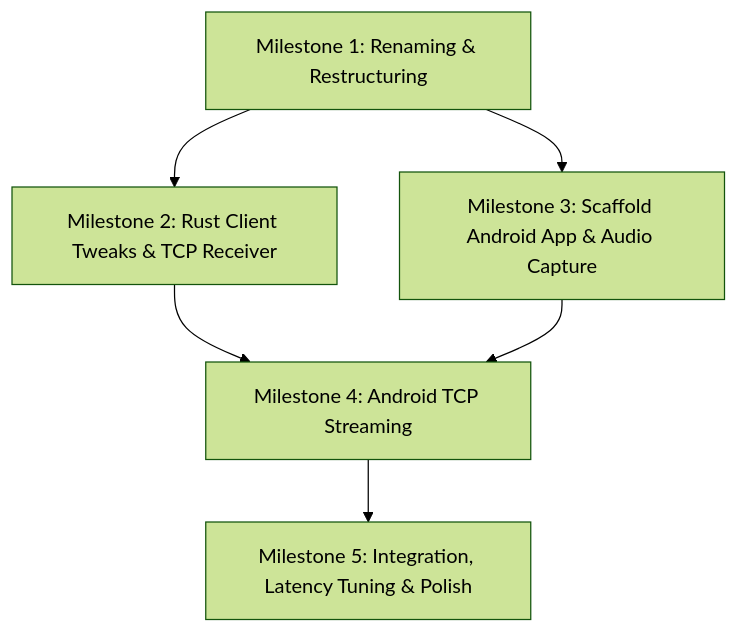
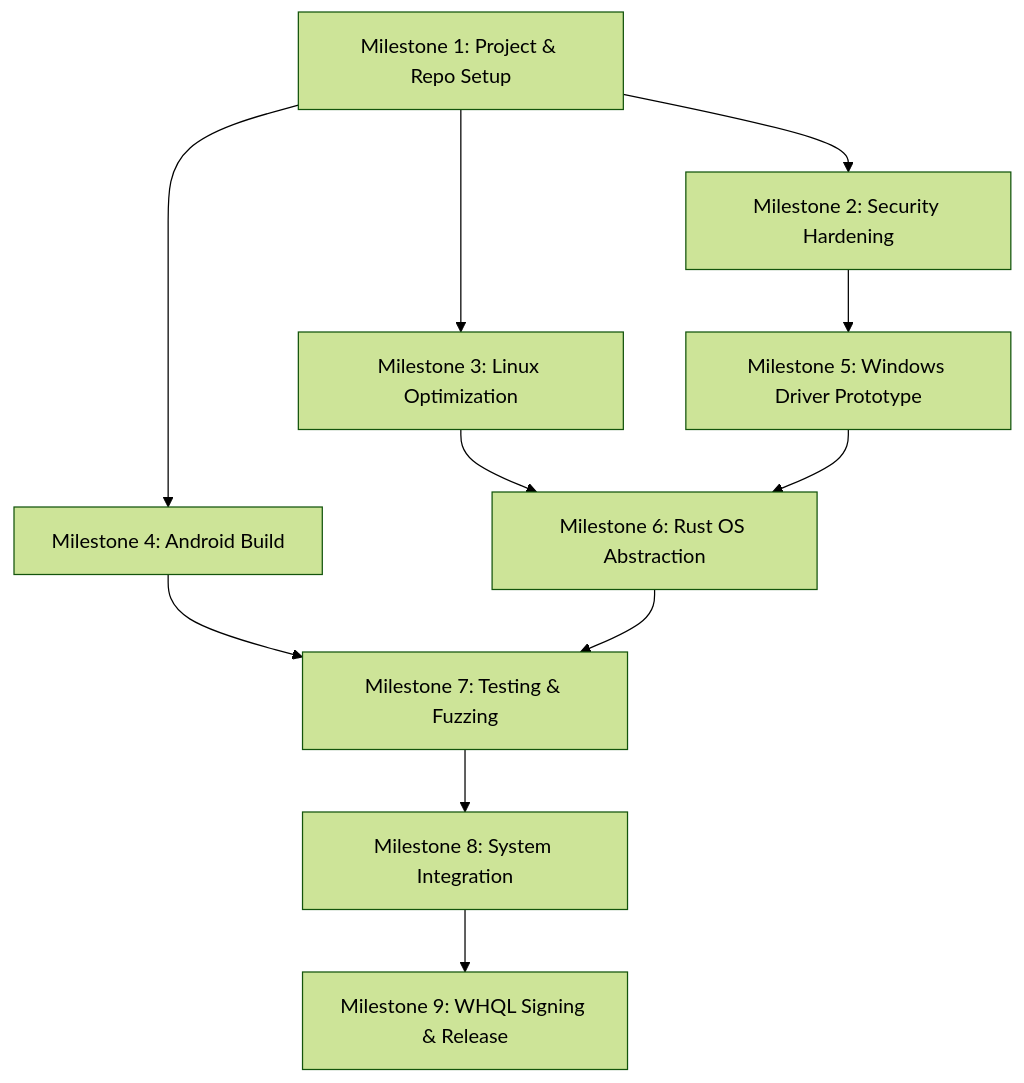
Before and after one commit to HyuseCS/Border-Tech: the diagram in project_plan.md, drawn with Mermaid (forest theme). The commit also changed other lines of this file and 1 other file, not shown here.

Commit message:
Windows Port init

````diff
--- a/project_plan.md
+++ b/project_plan.md
@@ -117,8 +341,13 @@
 ```mermaid
 graph TD
-    A[Milestone 1: Renaming & Restructuring] --> B[Milestone 2: Rust Client Tweaks & TCP Receiver]
-    A --> C[Milestone 3: Scaffold Android App & Audio Capture]
-    B --> D[Milestone 4: Android TCP Streaming]
-    C --> D
-    D --> E[Milestone 5: Integration, Latency Tuning & Polish]
+    A[Milestone 1: Project & Repo Setup] --> B[Milestone 2: Security Hardening]
+    A --> C[Milestone 3: Linux Optimization]
+    A --> D[Milestone 4: Android Build]
+    B --> E[Milestone 5: Windows Driver Prototype]
+    C --> F[Milestone 6: Rust OS Abstraction]
+    E --> F
+    D --> G[Milestone 7: Testing & Fuzzing]
+    F --> G
+    G --> H[Milestone 8: System Integration]
+    H --> I[Milestone 9: WHQL Signing & Release]
 ```
````
